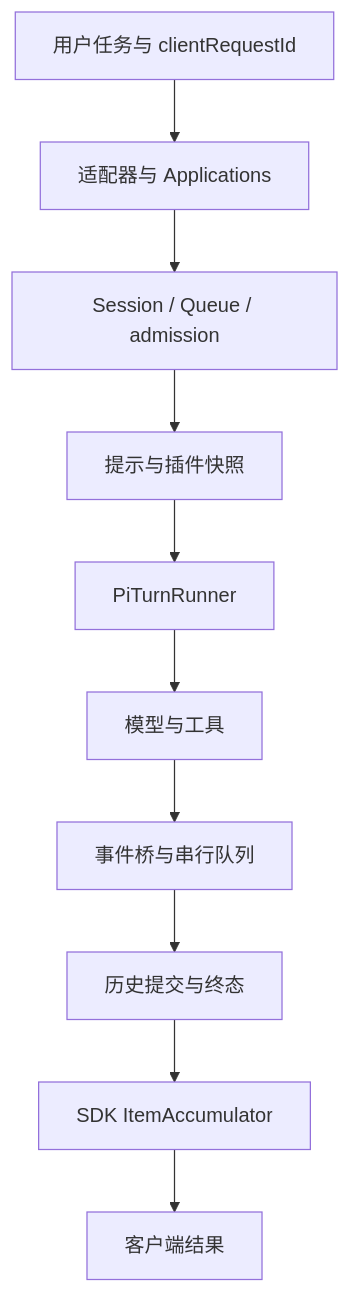
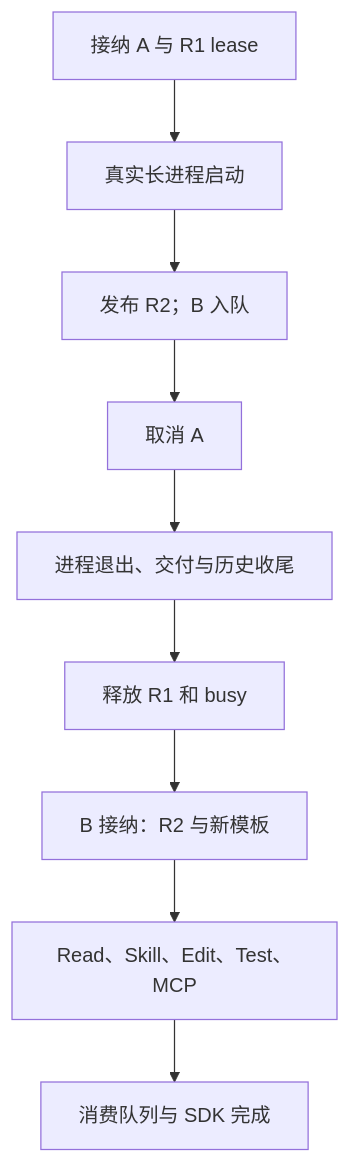
Before and after one commit to Jialei-03/learn-minimax-code: the diagram in course/12-comparison-interview.md, drawn with Mermaid. The commit also changed other lines of this file and 63 other files, not shown here.

````diff
--- a/course/12-comparison-interview.md
+++ b/course/12-comparison-interview.md
@@ -5,12 +33,11 @@
 ```mermaid
 flowchart TD
-  U[用户任务与 clientRequestId] --> A[适配器与 Applications]
-  A --> S[Session / Queue / admission]
-  S --> P[提示与插件快照]
-  P --> R[PiTurnRunner]
-  R --> M[模型与工具]
-  M --> E[事件桥与串行队列]
-  E --> H[历史提交与终态]
-  H --> I[SDK ItemAccumulator]
-  I --> C[客户端结果]
+  A[接纳 A 与 R1 lease] --> P[真实长进程启动]
+  P --> U[发布 R2；B 入队]
+  U --> C[取消 A]
+  C --> D[进程退出、交付与历史收尾]
+  D --> R[释放 R1 和 busy]
+  R --> B[B 接纳：R2 与新模板]
+  B --> F[Read、Skill、Edit、Test、MCP]
+  F --> S[消费队列与 SDK 完成]
 ```
````
